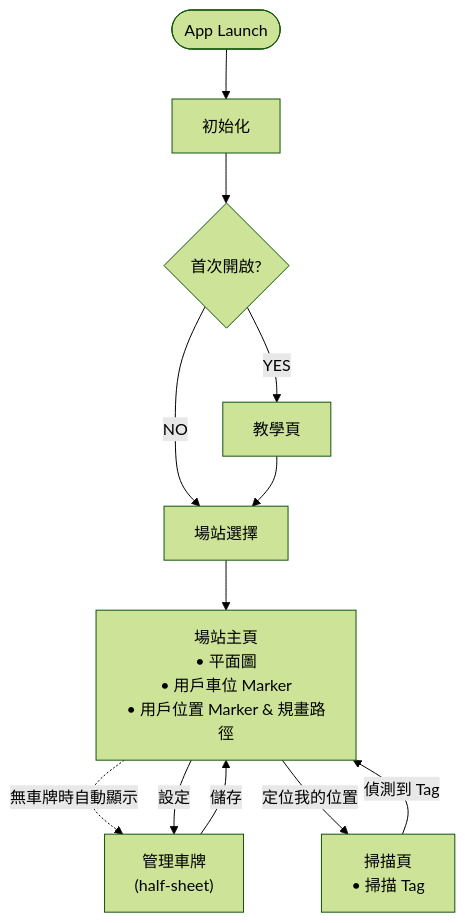
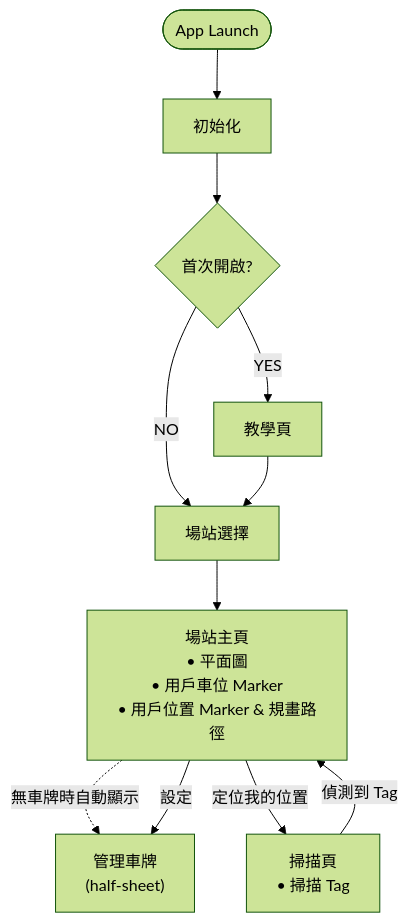
Before and after one commit to vml933/MyAgentServiceDoc: the diagram in docs/user-flow.md, drawn with Mermaid (forest theme).

Commit message:
add ParkingLotNavigate flow-char

````diff
--- a/docs/user-flow.md
+++ b/docs/user-flow.md
@@ -3,14 +3,13 @@
 ```mermaid
 flowchart TD
     Start([App Launch]) --> Init["初始化"]
     Init --> Q1{首次開啟?}
     Q1 -->|YES| Landing["教學頁"]
     Q1 -->|NO| SiteSelect["場站選擇"]
     Landing --> SiteSelect
     SiteSelect --> SiteHome["場站主頁<br/>• 平面圖<br/>• 用戶車位 Marker<br/>• 用戶位置 Marker & 規畫路徑"]
     SiteHome -.->|無車牌時自動顯示| ManagePlate["管理車牌<br/>(half-sheet)"]
-    SiteHome -->|設定| ManagePlate
-    ManagePlate -->|儲存| SiteHome
+    SiteHome -->|設定| ManagePlate    
     SiteHome -->|定位我的位置| Camera["掃描頁<br/>• 掃描 Tag"]
     Camera -->|偵測到 Tag| SiteHome    
 ```
````
